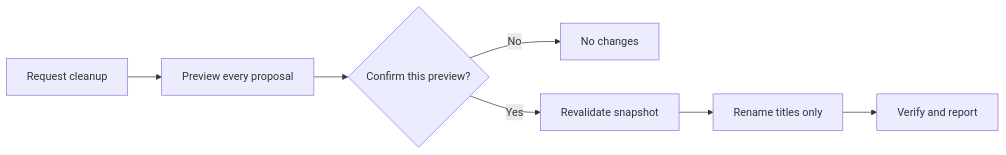
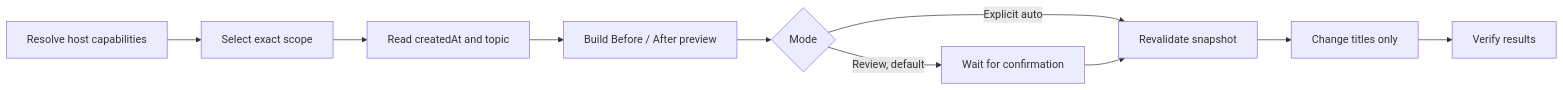
Before and after one commit to BrownieCoder/agent-title-renamer-skill: the diagram in README.md, drawn with Mermaid. The commit also changed other lines of this file and 12 other files, not shown here.

````diff
--- a/README.md
+++ b/README.md
@@ -84,9 +124,12 @@
 ```mermaid
 flowchart LR
-    A[Request cleanup] --> B[Preview every proposal]
-    B --> C{Confirm this preview?}
-    C -- No --> D[No changes]
-    C -- Yes --> E[Revalidate snapshot]
-    E --> F[Rename titles only]
-    F --> G[Verify and report]
+    A[Resolve host capabilities] --> B[Select exact scope]
+    B --> C[Read createdAt and topic]
+    C --> D[Build Before / After preview]
+    D --> E{Mode}
+    E -->|Review, default| F[Wait for confirmation]
+    E -->|Explicit auto| G[Revalidate snapshot]
+    F --> G
+    G --> H[Change titles only]
+    H --> I[Verify results]
 ```
````
